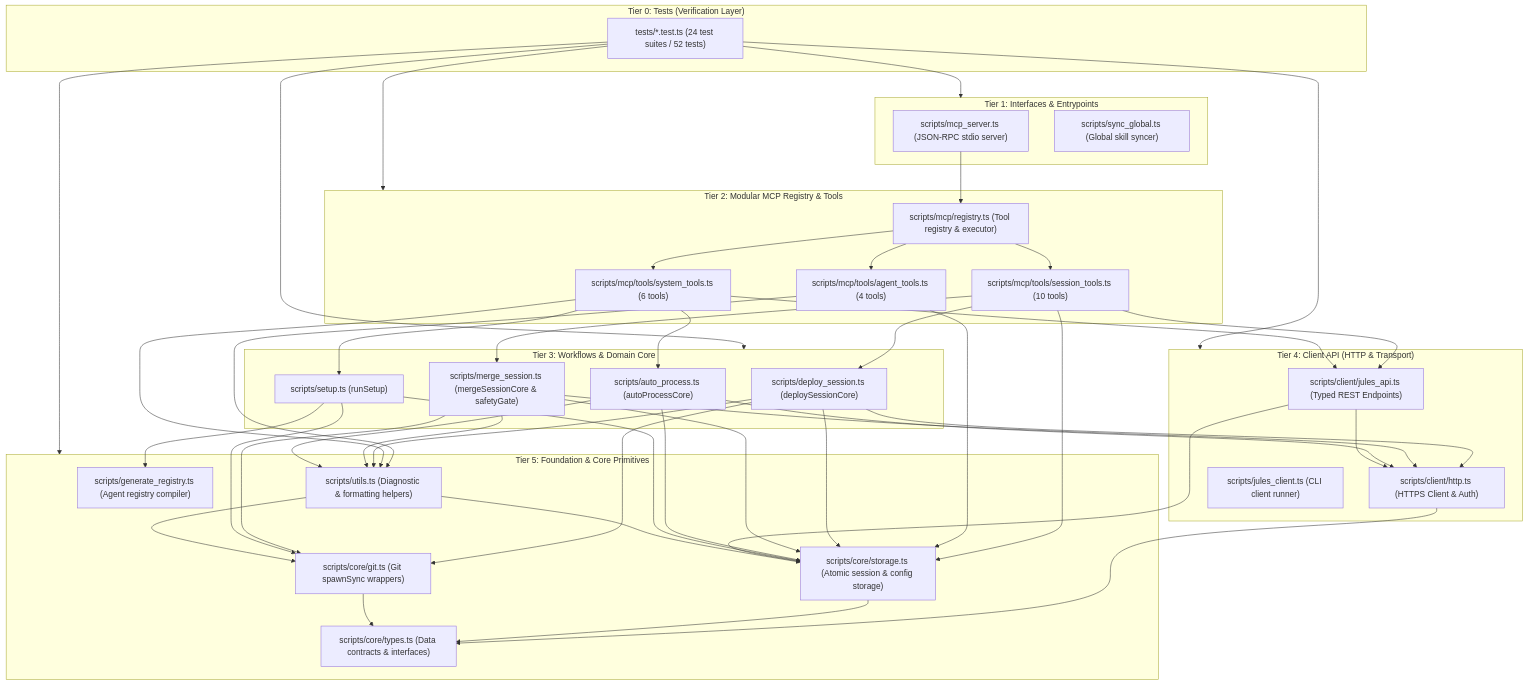
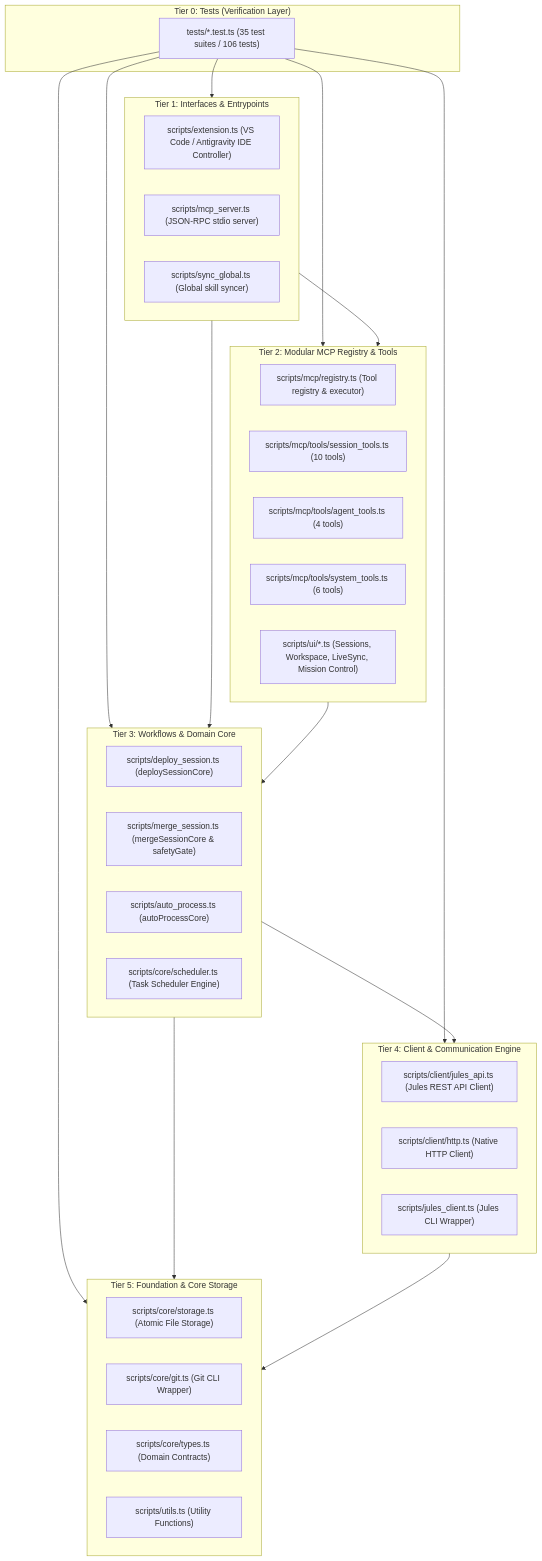
One commit to rivadmorin/Jules-Companion changed the diagram in docs/codebase-architecture-map.md. Above: the diagram before and after it, drawn with Mermaid. The commit also changed other lines of this file and 13 other files, not shown here.

Commit message:
docs: bilingual README and English-only architecture documentation suite

````diff
--- a/docs/codebase-architecture-map.md
+++ b/docs/codebase-architecture-map.md
@@ -29,10 +29,11 @@
 ```mermaid
 graph TD
     subgraph Tier_0 ["Tier 0: Tests (Verification Layer)"]
-        T["tests/*.test.ts (24 test suites / 52 tests)"]
+        T["tests/*.test.ts (35 test suites / 106 tests)"]
     end
 
     subgraph Tier_1 ["Tier 1: Interfaces & Entrypoints"]
+        EXT["scripts/extension.ts (VS Code / Antigravity IDE Controller)"]
         MCP["scripts/mcp_server.ts (JSON-RPC stdio server)"]
         SYNC["scripts/sync_global.ts (Global skill syncer)"]
     end
@@ -42,27 +43,27 @@
         SESS_TOOLS["scripts/mcp/tools/session_tools.ts (10 tools)"]
         AGENT_TOOLS["scripts/mcp/tools/agent_tools.ts (4 tools)"]
         SYS_TOOLS["scripts/mcp/tools/system_tools.ts (6 tools)"]
+        UI_PROV["scripts/ui/*.ts (Sessions, Workspace, LiveSync, Mission Control)"]
     end
 
     subgraph Tier_3 ["Tier 3: Workflows & Domain Core"]
         DEPLOY["scripts/deploy_session.ts (deploySessionCore)"]
         MERGE["scripts/merge_session.ts (mergeSessionCore & safetyGate)"]
         AUTO["scripts/auto_process.ts (autoProcessCore)"]
-        SETUP["scripts/setup.ts (runSetup)"]
+        SCHED["scripts/core/scheduler.ts (Task Scheduler Engine)"]
     end
 
-    subgraph Tier_4 ["Tier 4: Client API (HTTP & Transport)"]
-        HTTP["scripts/client/http.ts (HTTPS Client & Auth)"]
-        API["scripts/client/jules_api.ts (Typed REST Endpoints)"]
-        CLIENT_RUNNER["scripts/jules_client.ts (CLI client runner)"]
+    subgraph Tier_4 ["Tier 4: Client & Communication Engine"]
+        API["scripts/client/jules_api.ts (Jules REST API Client)"]
+        HTTP["scripts/client/http.ts (Native HTTP Client)"]
+        CLI["scripts/jules_client.ts (Jules CLI Wrapper)"]
     end
 
-    subgraph Tier_5 ["Tier 5: Foundation & Core Primitives"]
-        TYPES["scripts/core/types.ts (Data contracts & interfaces)"]
-        GIT["scripts/core/git.ts (Git spawnSync wrappers)"]
-        STORAGE["scripts/core/storage.ts (Atomic session & config storage)"]
-        UTILS["scripts/utils.ts (Diagnostic & formatting helpers)"]
-        GEN_REG["scripts/generate_registry.ts (Agent registry compiler)"]
+    subgraph Tier_5 ["Tier 5: Foundation & Core Storage"]
+        STORAGE["scripts/core/storage.ts (Atomic File Storage)"]
+        GIT["scripts/core/git.ts (Git CLI Wrapper)"]
+        TYPES["scripts/core/types.ts (Domain Contracts)"]
+        UTILS["scripts/utils.ts (Utility Functions)"]
     end
 
     T --> Tier_1
@@ -71,46 +72,10 @@
     T --> Tier_4
     T --> Tier_5
 
-    MCP --> REG
-    REG --> SESS_TOOLS
-    REG --> AGENT_TOOLS
-    REG --> SYS_TOOLS
-
-    SESS_TOOLS --> DEPLOY
-    SESS_TOOLS --> MERGE
-    SESS_TOOLS --> API
-    SESS_TOOLS --> STORAGE
-
-    AGENT_TOOLS --> UTILS
-    AGENT_TOOLS --> STORAGE
-    SYS_TOOLS --> AUTO
-    SYS_TOOLS --> SETUP
-    SYS_TOOLS --> API
-    SYS_TOOLS --> UTILS
-
-    DEPLOY --> HTTP
-    DEPLOY --> STORAGE
-    DEPLOY --> GIT
-    DEPLOY --> UTILS
-
-    MERGE --> HTTP
-    MERGE --> STORAGE
-    MERGE --> GIT
-    MERGE --> UTILS
-
-    AUTO --> HTTP
-    AUTO --> STORAGE
-    AUTO --> UTILS
-
-    SETUP --> GIT
-    SETUP --> STORAGE
-    SETUP --> GEN_REG
-
-    API --> HTTP
-    API --> STORAGE
-    HTTP --> TYPES
-    STORAGE --> TYPES
-    GIT --> TYPES
-    UTILS --> GIT
-    UTILS --> STORAGE
+    Tier_1 --> Tier_2
+    Tier_1 --> Tier_3
+    Tier_2 --> Tier_3
+    Tier_3 --> Tier_4
+    Tier_3 --> Tier_5
+    Tier_4 --> Tier_5
 ```
````
